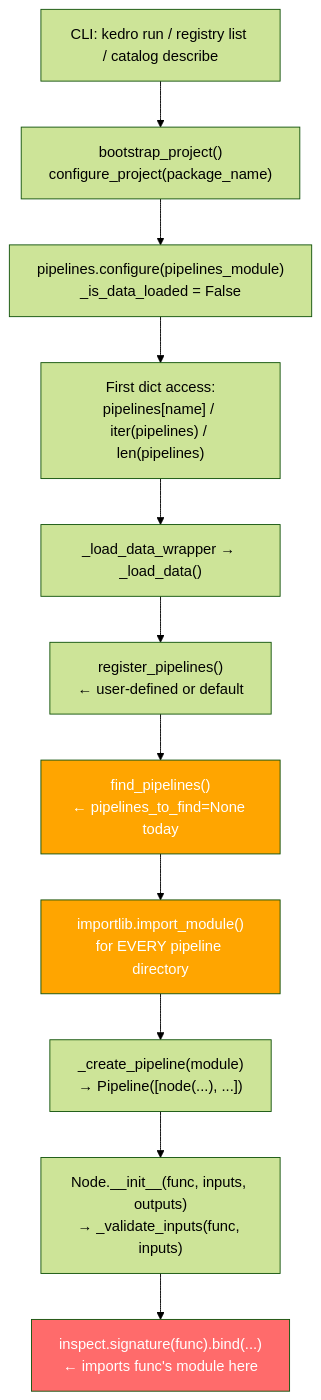
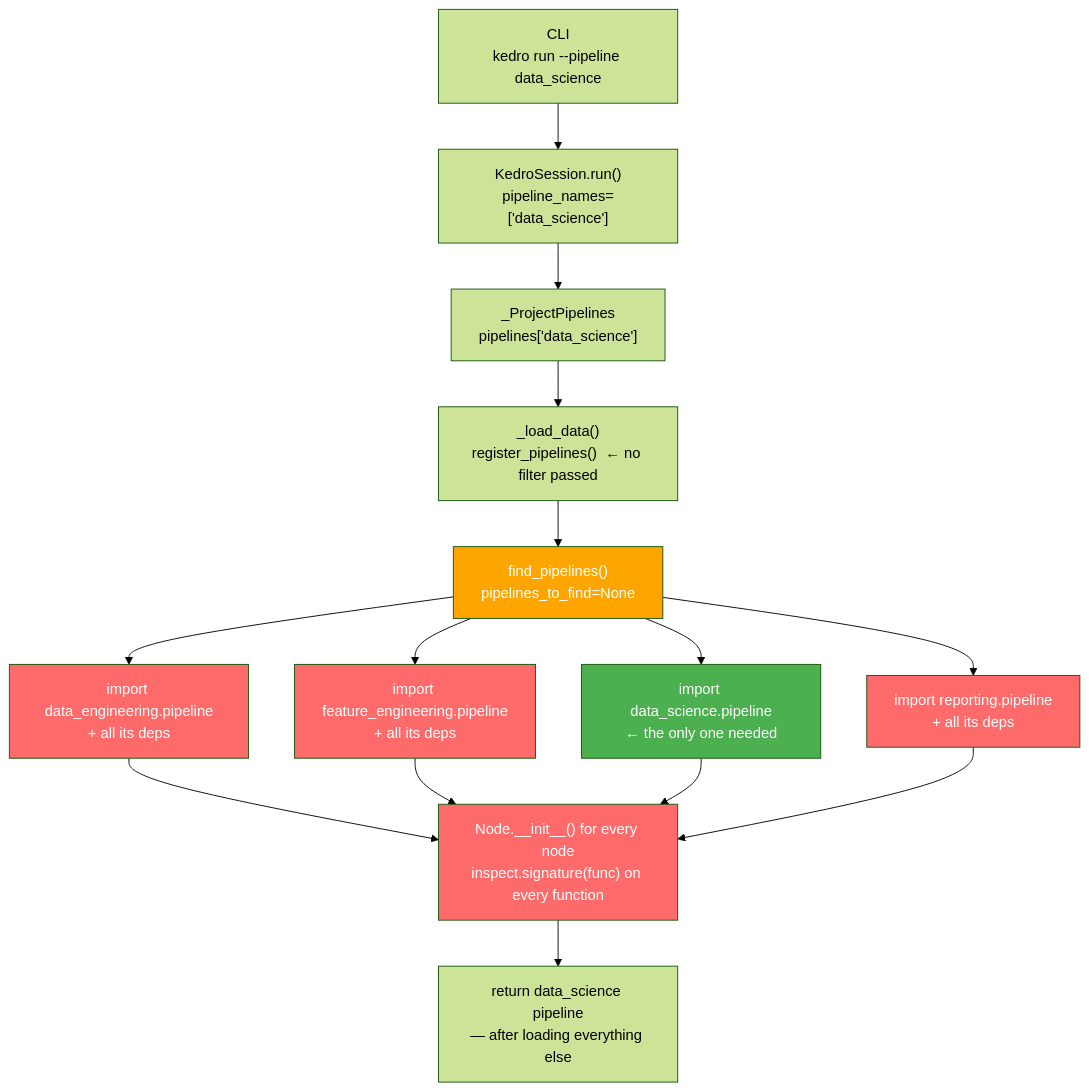
One commit to kedro-org/kedro changed the first of 2 diagrams in docs/on_demand_dependency_loading.md. Above: the diagram before and after it, drawn with Mermaid (forest theme). The commit also changed other lines of this file, not shown here.

````diff
--- a/docs/on_demand_dependency_loading.md
+++ b/docs/on_demand_dependency_loading.md
@@ -82,17 +35,28 @@
 ```mermaid
 flowchart TD
-    A["CLI: kedro run / registry list / catalog describe"] --> B["bootstrap_project()\nconfigure_project(package_name)"]
-    B --> C["pipelines.configure(pipelines_module)\n_is_data_loaded = False"]
-    C --> D["First dict access:\npipelines[name] / iter(pipelines) / len(pipelines)"]
-    D --> E["_load_data_wrapper → _load_data()"]
-    E --> F["register_pipelines()\n← user-defined or default"]
-    F --> G["find_pipelines()\n← pipelines_to_find=None today"]
-    G --> H["importlib.import_module()\nfor EVERY pipeline directory"]
-    H --> I["_create_pipeline(module)\n→ Pipeline([node(...), ...])"]
-    I --> J["Node.__init__(func, inputs, outputs)\n→ _validate_inputs(func, inputs)"]
-    J --> K["inspect.signature(func).bind(...)\n← imports func's module here"]
+    A["CLI\nkedro run --pipeline data_science"]
+    B["KedroSession.run()\npipeline_names=['data_science']"]
+    C["_ProjectPipelines\npipelines['data_science']"]
+    D["_load_data()\nregister_pipelines()  ← no filter passed"]
+    E["find_pipelines()\npipelines_to_find=None"]
 
-    style K fill:#ff6b6b,color:#fff
-    style G fill:#ffa500,color:#fff
-    style H fill:#ffa500,color:#fff
+    F1["import data_engineering.pipeline\n+ all its deps"]
+    F2["import feature_engineering.pipeline\n+ all its deps"]
+    F3["import data_science.pipeline\n← the only one needed"]
+    F4["import reporting.pipeline\n+ all its deps"]
+
+    G["Node.__init__() for every node\ninspect.signature(func) on every function"]
+    H["return data_science pipeline\n— after loading everything else"]
+
+    A --> B --> C --> D --> E
+    E --> F1 & F2 & F3 & F4
+    F1 & F2 & F3 & F4 --> G
+    G --> H
+
+    style F1 fill:#ff6b6b,color:#fff
+    style F2 fill:#ff6b6b,color:#fff
+    style F4 fill:#ff6b6b,color:#fff
+    style G fill:#ff6b6b,color:#fff
+    style F3 fill:#4caf50,color:#fff
+    style E fill:#ffa500,color:#fff
 ```
````
